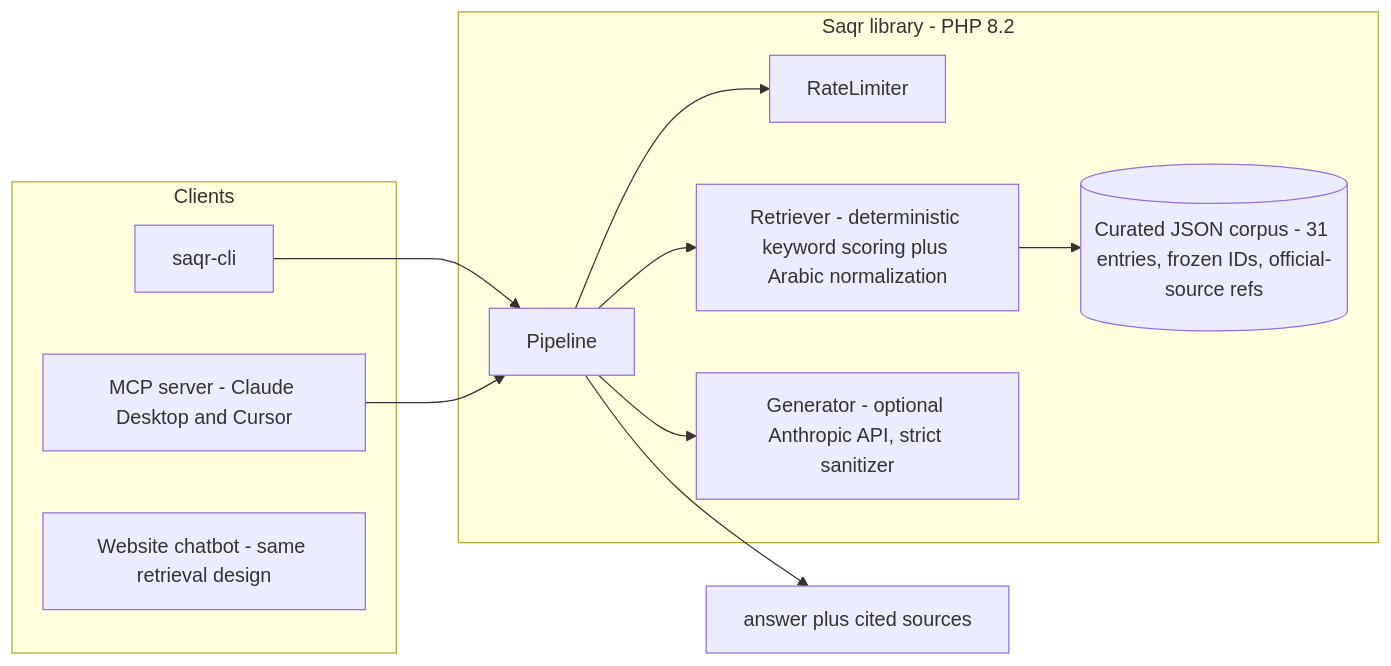
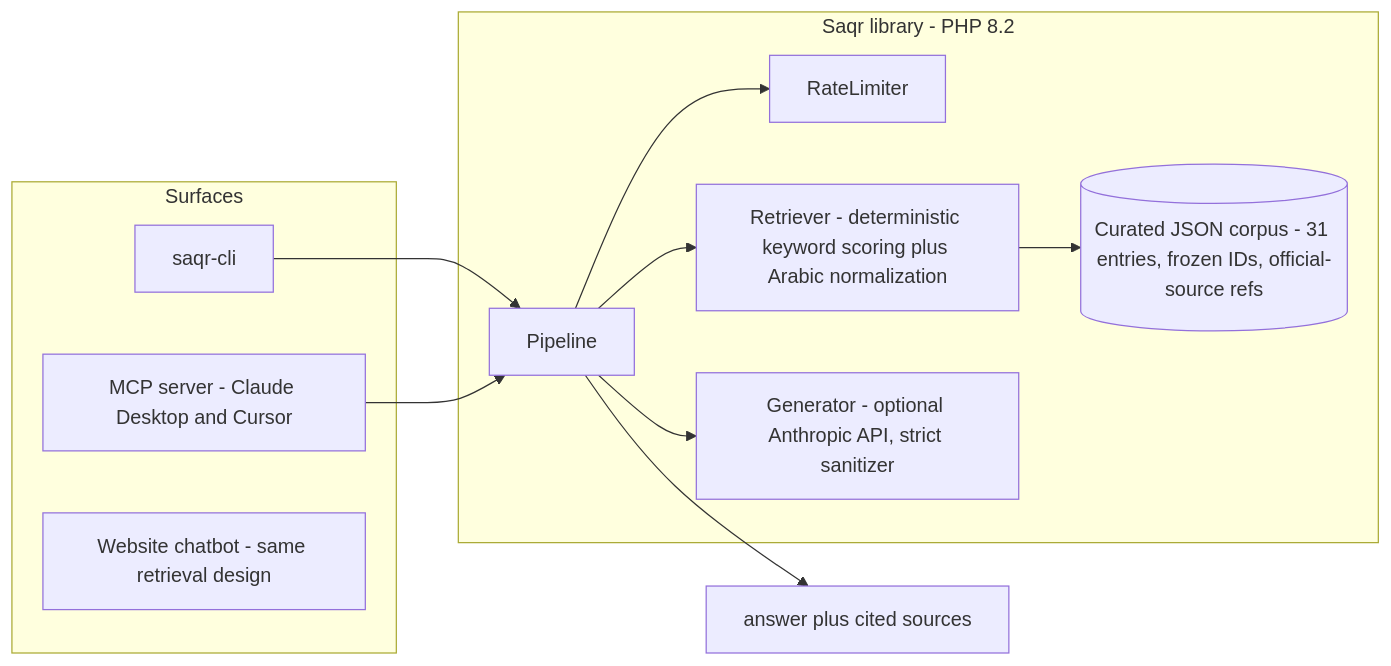
One commit to cybersafe-lab/saqr changed the diagram in README.md. Above: the diagram before and after it, drawn with Mermaid. The commit also changed other lines of this file, not shown here.

First line of the commit message:
docs: correct CI matrix and META query in README; lead diagram with the pipeline

````diff
--- a/README.md
+++ b/README.md
@@ -118,17 +20,17 @@
 ```mermaid
 flowchart LR
-    subgraph clients [Clients]
+    subgraph clients [Surfaces]
         CLI[saqr-cli]
         MCP[MCP server - Claude Desktop and Cursor]
         WP[Website chatbot - same retrieval design]
     end
     CLI --> P
     MCP --> P
     subgraph library [Saqr library - PHP 8.2]
         P[Pipeline] --> RL[RateLimiter]
         P --> R[Retriever - deterministic keyword scoring plus Arabic normalization]
         R --> C[(Curated JSON corpus - 31 entries, frozen IDs, official-source refs)]
         P --> G[Generator - optional Anthropic API, strict sanitizer]
     end
     P --> OUT[answer plus cited sources]
 ```
````
